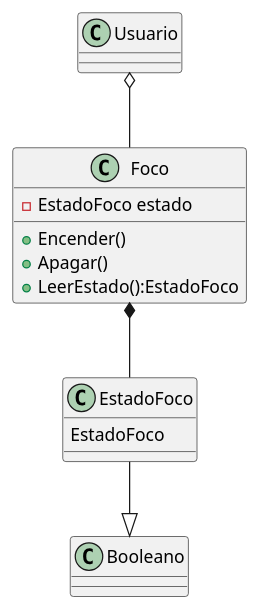
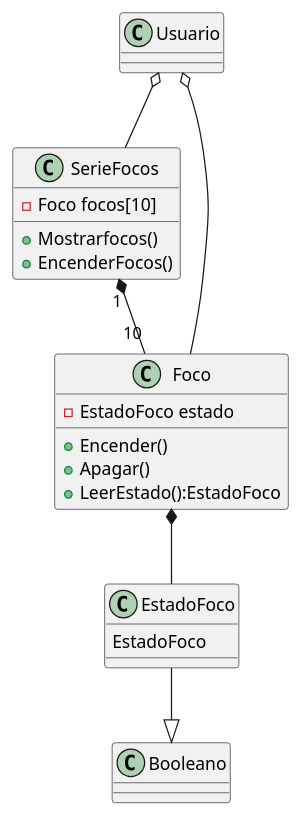
One commit to erikedud/3E261-SegundoParcial changed the diagram in docs/foco.puml. Above: the diagram before and after it, drawn with PlantUML. The commit also changed 3 other files, not shown here.

```diff
--- a/docs/foco.puml
+++ b/docs/foco.puml
@@ -1,21 +1,29 @@
-@startuml foco
+@startuml focos
+
+class SerieFocos{
+    -Foco focos[10]
+    +Mostrarfocos()
+    +EncenderFocos()
+}
 
 class Usuario
 
 class Foco{
 -EstadoFoco estado
 +Encender()
 +Apagar()
 +LeerEstado():EstadoFoco
 }
 
 class EstadoFoco{
     EstadoFoco
 }
 
+SerieFocos "1"*--"10" Foco
+Usuario o-- SerieFocos
 
 Foco *-- EstadoFoco
 Usuario o-- Foco
 EstadoFoco --|> Booleano
 
 @enduml
```
